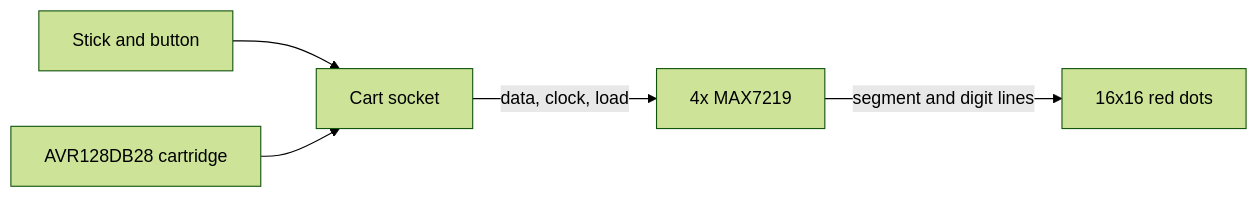
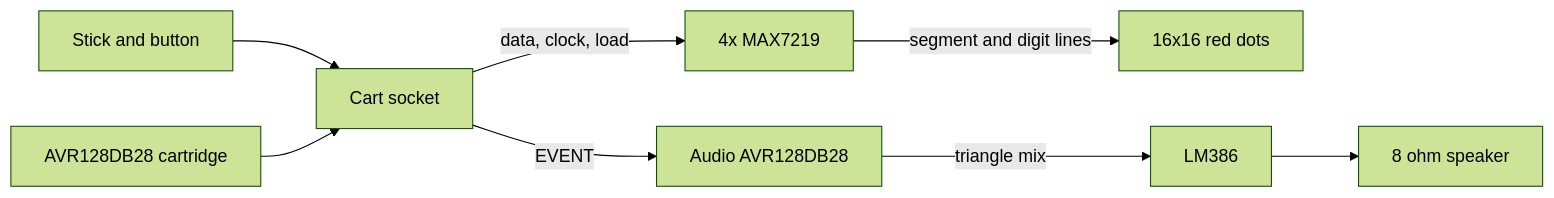
The diagram in docs/hardware.md (gustavostuff/maki-nita), drawn with Mermaid (forest theme) before and after one commit. The commit also changed other lines of this file and 5 other files, not shown here.

Commit message:
Working on sound architecture

````diff
--- a/docs/hardware.md
+++ b/docs/hardware.md
@@ -11,7 +11,10 @@
 ```mermaid
 flowchart LR
   controls[Stick and button] --> socket[Cart socket]
   cart[AVR128DB28 cartridge] --> socket
   socket -->|data, clock, load| drivers[4x MAX7219]
   drivers -->|segment and digit lines| leds[16x16 red dots]
+  socket -->|EVENT| audio[Audio AVR128DB28]
+  audio -->|triangle mix| amp[LM386]
+  amp --> speaker[8 ohm speaker]
 ```
````
